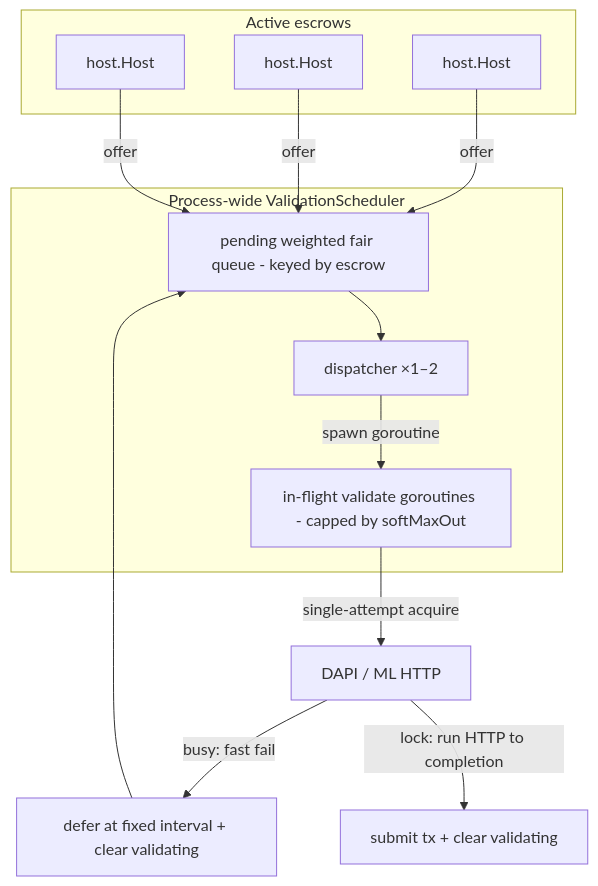
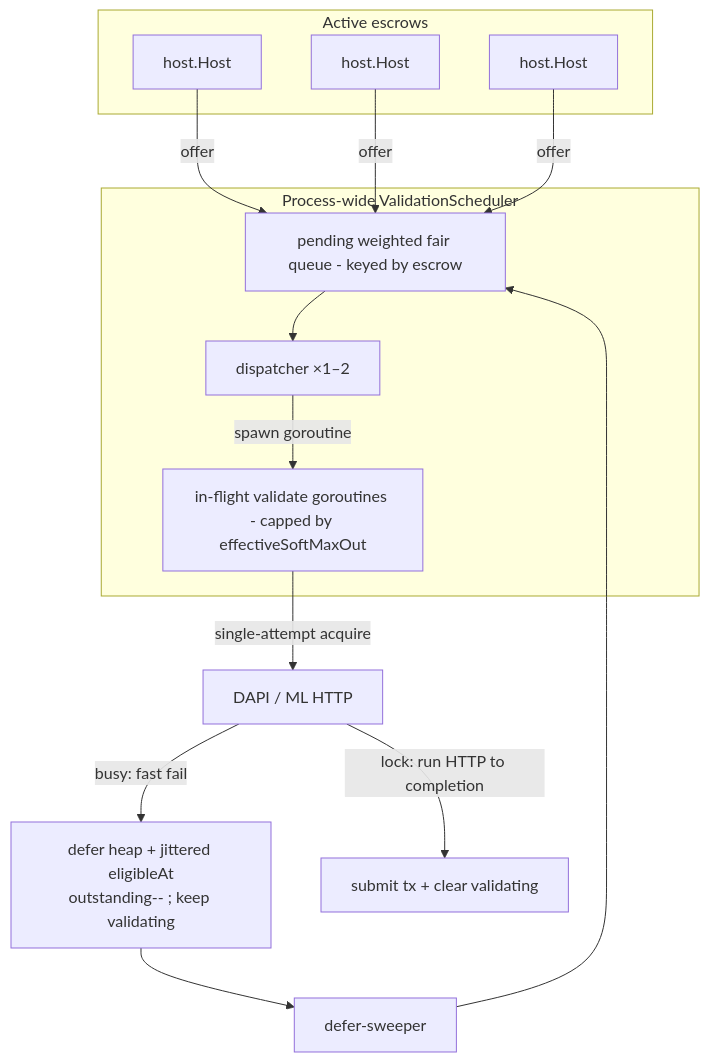
The second of 3 diagrams in devshard/docs/shared-validation-pool-plan.md (gonka-ai/gonka), drawn with Mermaid before and after one commit. The commit also changed other lines of this file, not shown here.

````diff
--- a/devshard/docs/shared-validation-pool-plan.md
+++ b/devshard/docs/shared-validation-pool-plan.md
@@ -88,22 +88,23 @@
 ```mermaid
 flowchart TB
   subgraph escrows ["Active escrows"]
     H1[host.Host]
     H2[host.Host]
     H3[host.Host]
   end
   subgraph sched ["Process-wide ValidationScheduler"]
     P[pending weighted fair queue - keyed by escrow]
     D["dispatcher ×1–2"]
-    G["in-flight validate goroutines - capped by softMaxOut"]
+    G["in-flight validate goroutines - capped by effectiveSoftMaxOut"]
   end
   H1 -->|offer| P
   H2 -->|offer| P
   H3 -->|offer| P
   P --> D
   D -->|spawn goroutine| G
   G -->|single-attempt acquire| DAPI[DAPI / ML HTTP]
-  DAPI -->|busy: fast fail| Requeue[defer at fixed interval + clear validating]
+  DAPI -->|busy: fast fail| Requeue["defer heap + jittered eligibleAt<br/>outstanding-- ; keep validating"]
   DAPI -->|lock: run HTTP to completion| Done[submit tx + clear validating]
-  Requeue --> P
+  Requeue --> Sweep[defer-sweeper]
+  Sweep --> P
 ```
````
